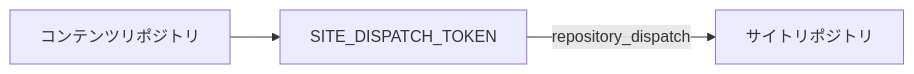
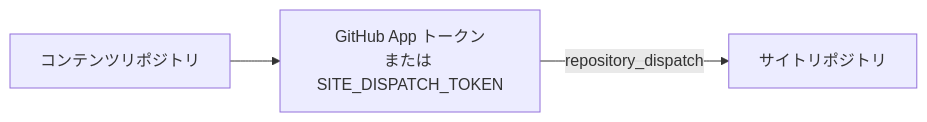
One commit to Rerurate514/riebeckite changed the third of 3 diagrams in docs/docs/guides/deployment/separate-content-repository/repository-split.ja.md. Above: the diagram before and after it, drawn with Mermaid. The commit also changed other lines of this file and 62 other files, not shown here.

````diff
--- a/docs/docs/guides/deployment/separate-content-repository/repository-split.ja.md
+++ b/docs/docs/guides/deployment/separate-content-repository/repository-split.ja.md
@@ -136,9 +136,9 @@
 ```mermaid
 flowchart LR
     Content["コンテンツリポジトリ"]
-    Token["SITE_DISPATCH_TOKEN"]
+    Token["GitHub App トークン<br/>または SITE_DISPATCH_TOKEN"]
     Site["サイトリポジトリ"]
 
     Content --> Token
     Token -->|"repository_dispatch"| Site
 ```
````
